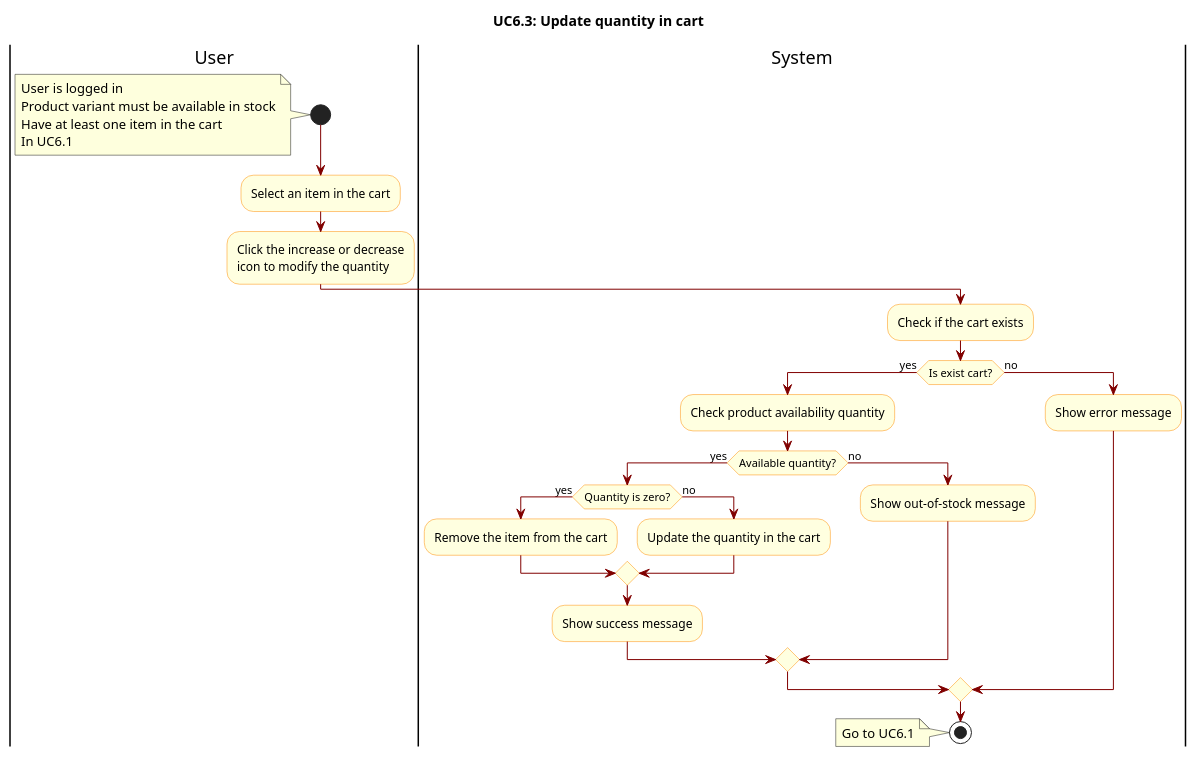
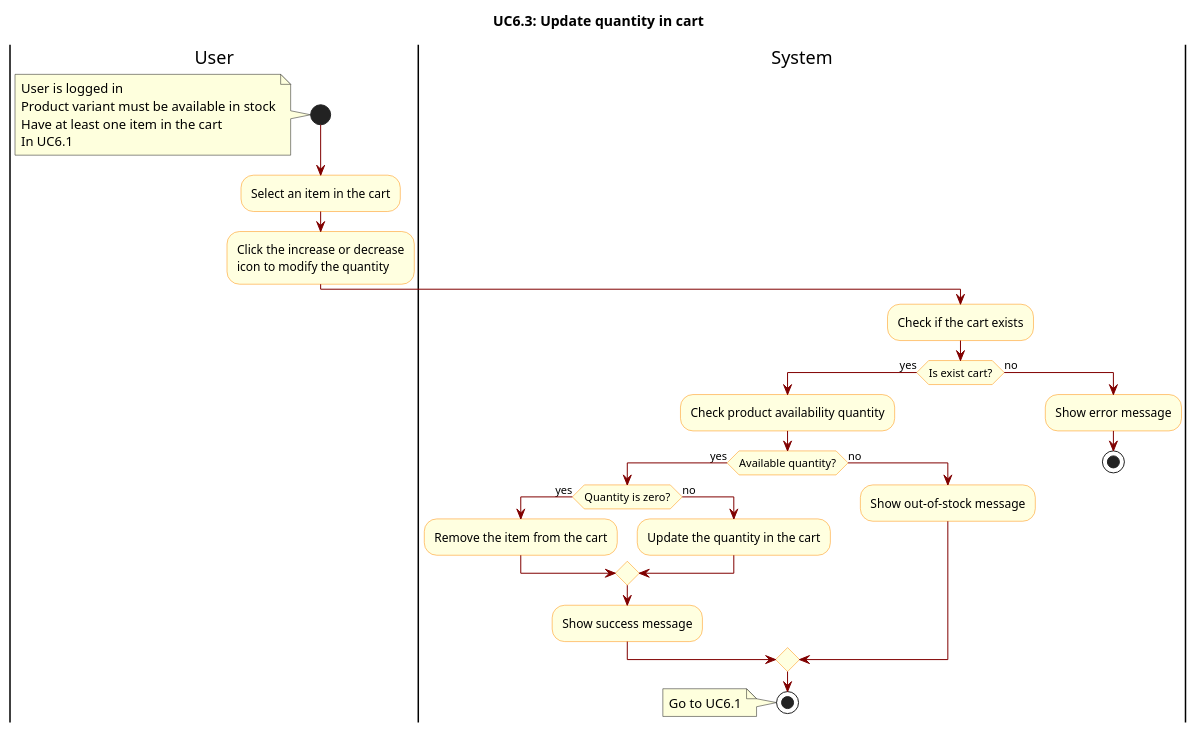
The diagram in docs/activity diagram/UC6.3-UpdateQuantityInCart.wsd (hiusnguyen201/BE_ClothingShop), drawn with PlantUML before and after one commit. The commit also changed 83 other files, not shown here.

Commit message:
:zap: update activity diagram (docs)

```diff
--- a/docs/activity diagram/UC6.3-UpdateQuantityInCart.wsd
+++ b/docs/activity diagram/UC6.3-UpdateQuantityInCart.wsd
@@ -1,46 +1,48 @@
 @startuml
 
 skinparam ActivityBackgroundColor LightYellow
 skinparam ActivityBorderColor DarkOrange
 skinparam ArrowColor Maroon
 
 title UC6.3: Update quantity in cart
 
 |User|
 start
 note left
     User is logged in
     Product variant must be available in stock
     Have at least one item in the cart
     In UC6.1
 end note
 
 |User|
 :Select an item in the cart;
 :Click the increase or decrease 
 icon to modify the quantity;
 
 |System|
 :Check if the cart exists;
 if(Is exist cart?) then(yes)
     :Check product availability quantity;
     if(Available quantity?) then(yes)
         if(Quantity is zero?) then(yes)
             :Remove the item from the cart;
         else(no)
             :Update the quantity in the cart;
         endif
         :Show success message;
     else(no)
         :Show out-of-stock message;
     endif
+
+    stop
+    note left
+        Go to UC6.1
+    end note
 else(no)
     :Show error message;
+    stop
 endif
 
-stop
-note left
-    Go to UC6.1
-end note
 
 @enduml
```
